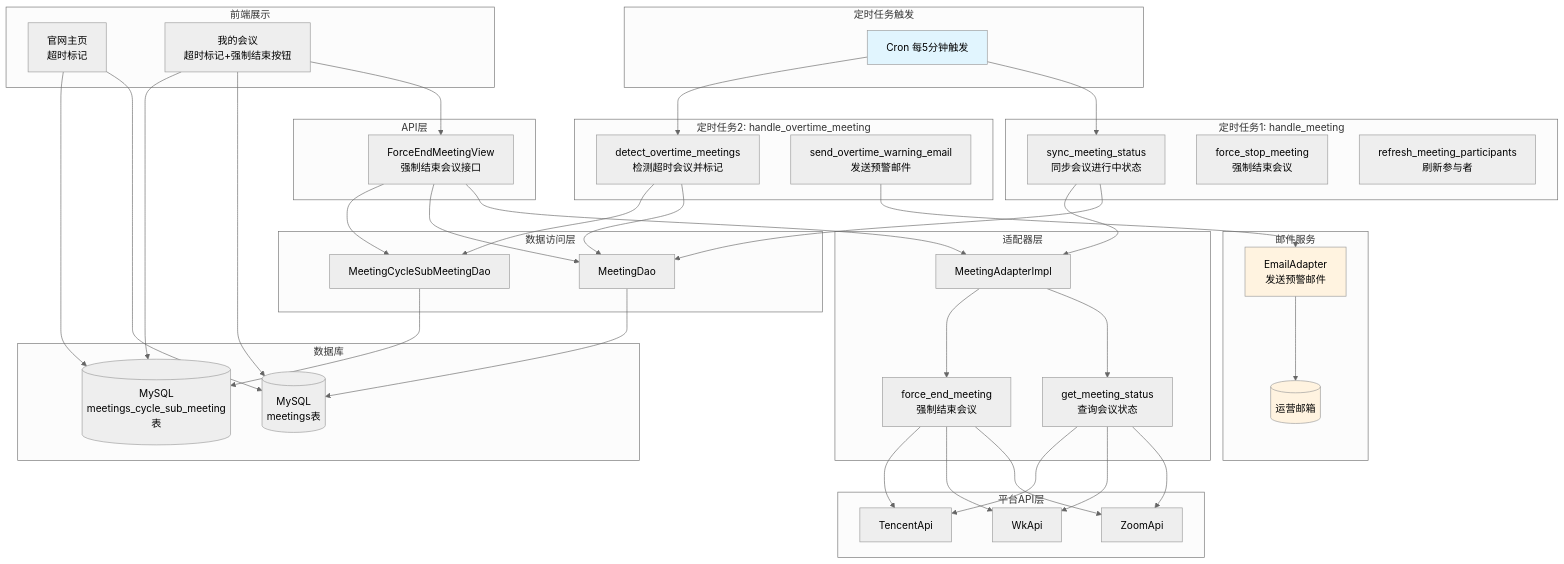
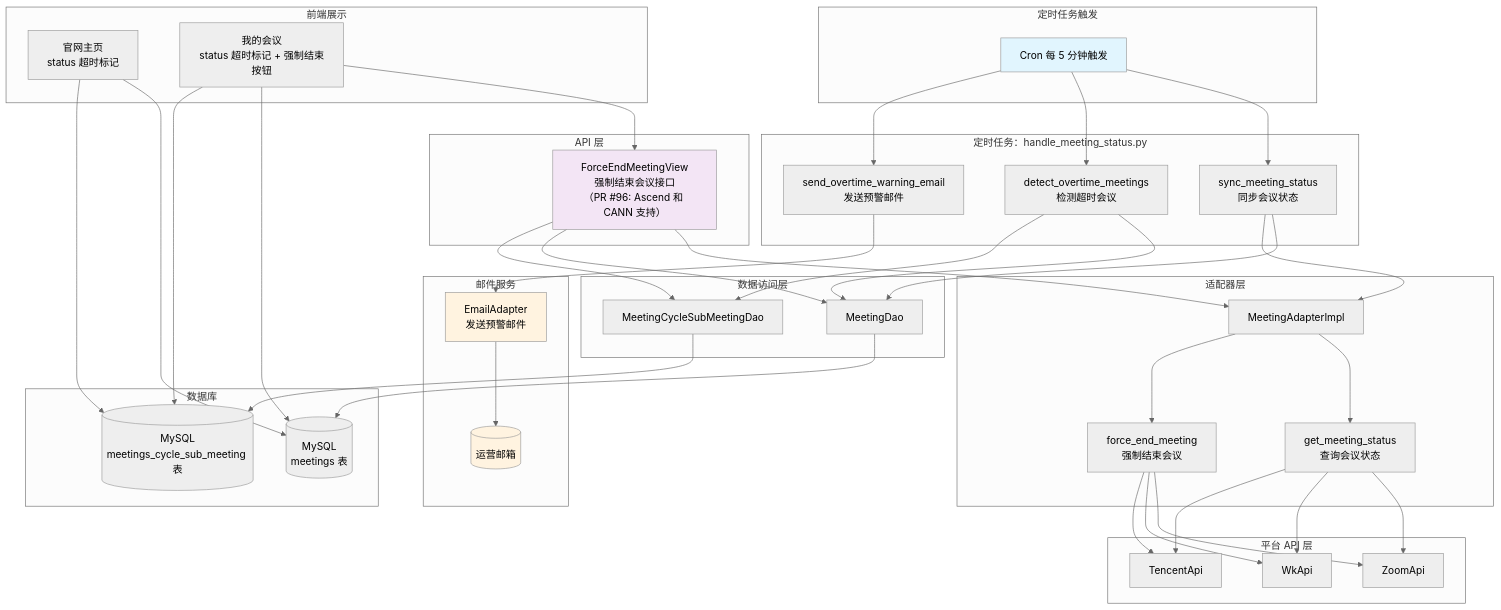
The first of 5 diagrams in opensourceways/issue_docs/100/Architecture Design/#100 Architecture Design Specification.md (GeorgeCao-hw/backlog-test), drawn with Mermaid (neutral theme) before and after one commit. The commit also changed other lines of this file and 1 other file, not shown here.

Commit message:
refresh the doc

````diff
--- a/opensourceways/issue_docs/100/Architecture Design/#100 Architecture Design Specification.md
+++ b/opensourceways/issue_docs/100/Architecture Design/#100 Architecture Design Specification.md
@@ -23,18 +23,13 @@
 ```mermaid
 flowchart TB
     subgraph Scheduler["定时任务触发"]
-        A[Cron 每5分钟触发]
+        A[Cron 每 5 分钟触发]
     end
 
-    subgraph Command1["定时任务1: handle_meeting"]
-        B[sync_meeting_status<br/>同步会议进行中状态]
-        C[force_stop_meeting<br/>强制结束会议]
-        D[refresh_meeting_participants<br/>刷新参与者]
-    end
-
-    subgraph Command2["定时任务2: handle_overtime_meeting"]
-        E[detect_overtime_meetings<br/>检测超时会议并标记]
-        F[send_overtime_warning_email<br/>发送预警邮件]
+    subgraph Command["定时任务：handle_meeting_status.py"]
+        B[sync_meeting_status<br/>同步会议状态]
+        C[detect_overtime_meetings<br/>检测超时会议]
+        D[send_overtime_warning_email<br/>发送预警邮件]
     end
 
     subgraph DAO["数据访问层"]
@@ -48,19 +43,19 @@
         K[force_end_meeting<br/>强制结束会议]
     end
 
-    subgraph APIs["平台API层"]
+    subgraph APIs["平台 API 层"]
         L[ZoomApi]
         M[WkApi]
         N[TencentApi]
     end
 
-    subgraph Controller["API层"]
-        O[ForceEndMeetingView<br/>强制结束会议接口]
+    subgraph Controller["API 层"]
+        O[ForceEndMeetingView<br/>强制结束会议接口<br/>（PR #96: Ascend 和 CANN 支持）]
     end
 
     subgraph Database["数据库"]
-        P[(MySQL<br/>meetings表)]
-        Q[(MySQL<br/>meetings_cycle_sub_meeting表)]
+        P[(MySQL<br/>meetings 表)]
+        Q[(MySQL<br/>meetings_cycle_sub_meeting 表)]
     end
 
     subgraph Email["邮件服务"]
@@ -69,17 +64,18 @@
     end
 
     subgraph Frontend["前端展示"]
-        T[官网主页<br/>超时标记]
-        U[我的会议<br/>超时标记+强制结束按钮]
+        T[官网主页<br/>status 超时标记]
+        U[我的会议<br/>status 超时标记 + 强制结束按钮]
     end
 
     A --> B
-    A --> E
+    A --> C
+    A --> D
     B --> G
     B --> I
-    E --> G
-    E --> H
-    F --> R
+    C --> G
+    C --> H
+    D --> R
     R --> S
 
     I --> J
@@ -107,4 +103,5 @@
     style A fill:#e1f5fe
     style R fill:#fff3e0
     style S fill:#fff3e0
+    style O fill:#f3e5f5
 ```
````
